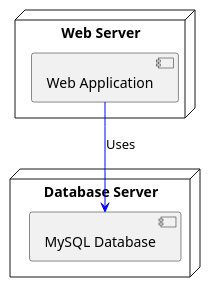
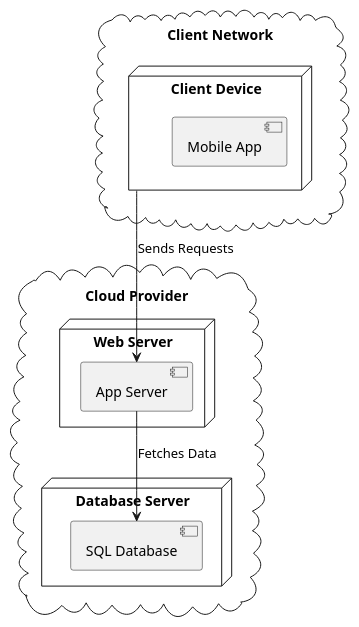
One commit to SayyidRafeeD/SnD-Arsitektur-Dokumentasi changed the diagram in deployment/deployment_diagram.plantuml. Above: the diagram before and after it, drawn with PlantUML.

Commit message:
Perubahan contoh deployment

```diff
--- a/deployment/deployment_diagram.plantuml
+++ b/deployment/deployment_diagram.plantuml
@@ -1,11 +1,19 @@
 @startuml
-node "Web Server" {
-  component "Web Application" as WA
+cloud "Cloud Provider" {
+  node "Web Server" {
+    component "App Server"
+  }
+  node "Database Server" {
+    component "SQL Database"
+  }
 }
 
-node "Database Server" {
-  component "MySQL Database" as DB
+cloud "Client Network" {
+  node "Client Device" {
+    component "Mobile App"
+  }
 }
 
-WA -[#0000FF]-> DB : Uses
+"Client Device" --> "App Server" : Sends Requests
+"App Server" --> "SQL Database" : Fetches Data
 @enduml
```
